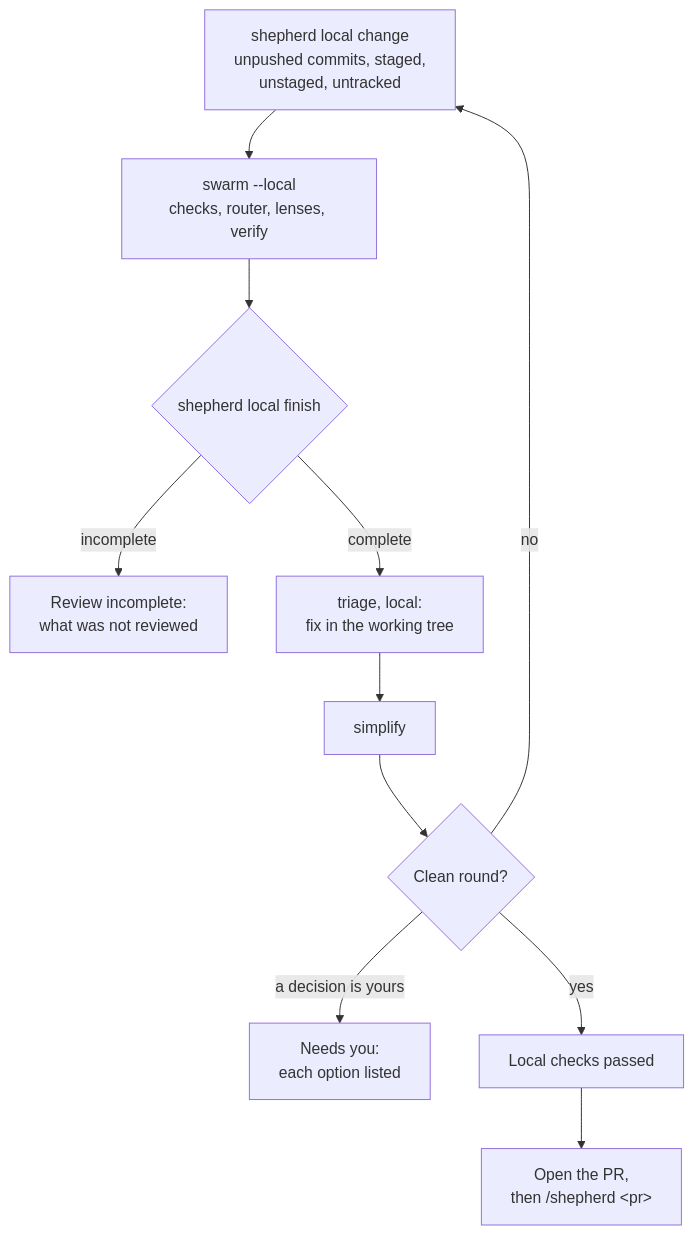
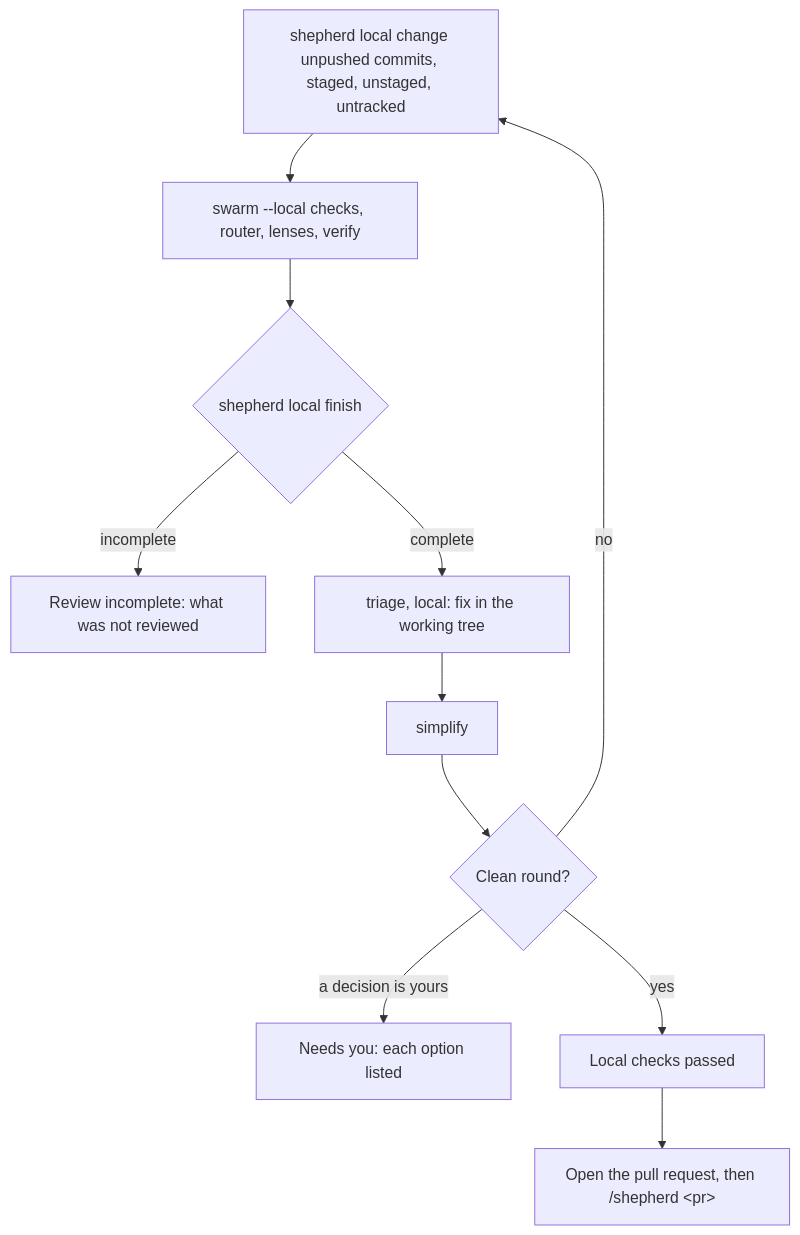
The diagram in docs/src/content/docs/guides/local-review.md (jagreehal/shepherd), drawn with Mermaid before and after one commit. The commit also changed other lines of this file and 41 other files, not shown here.

````diff
--- a/docs/src/content/docs/guides/local-review.md
+++ b/docs/src/content/docs/guides/local-review.md
@@ -7,13 +30,13 @@
 ```mermaid
 flowchart TD
-    C[shepherd local change<br/>unpushed commits, staged,<br/>unstaged, untracked] --> S[swarm --local<br/>checks, router, lenses, verify]
+    C[shepherd local change unpushed commits, staged, unstaged, untracked] --> S[swarm --local checks, router, lenses, verify]
     S --> F{shepherd local finish}
-    F -- incomplete --> I[Review incomplete:<br/>what was not reviewed]
-    F -- complete --> T[triage, local:<br/>fix in the working tree]
+    F -- incomplete --> I[Review incomplete: what was not reviewed]
+    F -- complete --> T[triage, local: fix in the working tree]
     T --> SI[simplify]
     SI --> Q{Clean round?}
     Q -- no --> C
-    Q -- "a decision is yours" --> Y[Needs you:<br/>each option listed]
+    Q -- "a decision is yours" --> Y[Needs you: each option listed]
     Q -- yes --> P[Local checks passed]
-    P --> PR[Open the PR,<br/>then /shepherd &lt;pr&gt;]
+    P --> PR[Open the pull request, then /shepherd &lt;pr&gt;]
 ```
````
